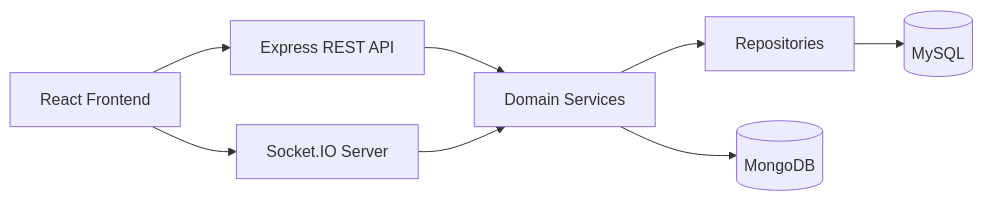
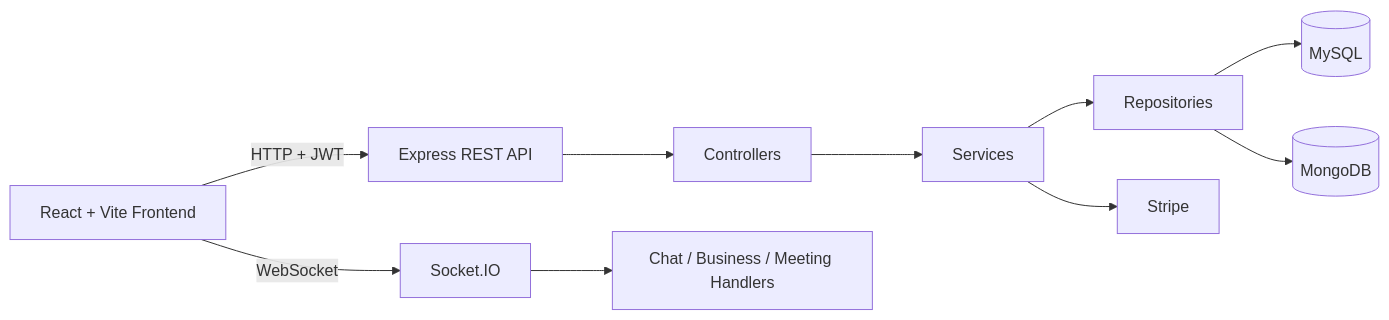
Before and after one commit to ertihoxha5/Freelancer-MarketPlace: the diagram in README.md, drawn with Mermaid. The commit also changed other lines of this file and 95 other files, not shown here.

````diff
--- a/README.md
+++ b/README.md
@@ -13,10 +156,12 @@
 ```mermaid
 flowchart LR
-  Browser["React Frontend"] --> API["Express REST API"]
-  Browser --> Socket["Socket.IO Server"]
-  API --> Services["Domain Services"]
-  Services --> Repositories["Repositories"]
-  Repositories --> MySQL[(MySQL)]
-  Services --> Mongo[(MongoDB)]
-  Socket --> Services
+    Browser["React + Vite Frontend"] -->|HTTP + JWT| API["Express REST API"]
+    Browser -->|WebSocket| Socket["Socket.IO"]
+    API --> Controllers
+    Controllers --> Services
+    Services --> Repositories
+    Services --> Stripe
+    Socket --> Handlers["Chat / Business / Meeting Handlers"]
+    Repositories --> MySQL[(MySQL)]
+    Repositories --> Mongo[(MongoDB)]
 ```
````
